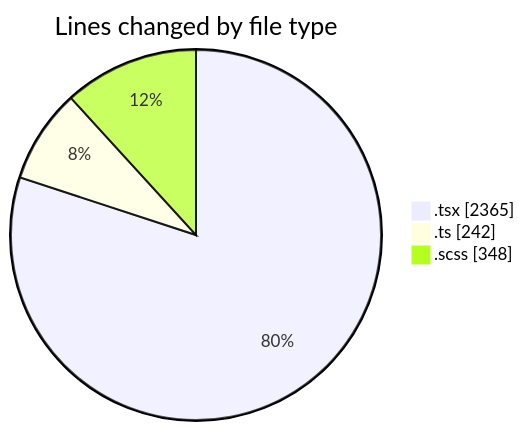
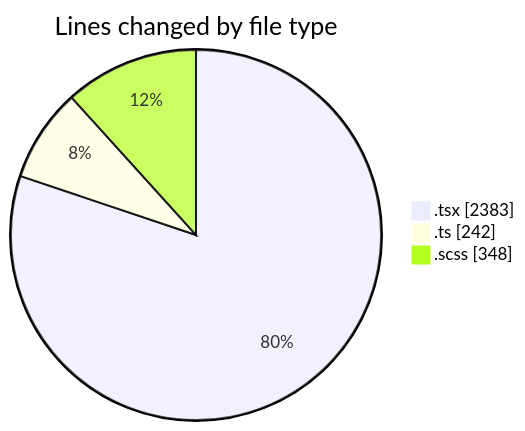
The first of 2 diagrams in 2025-09-15/cda/README.md (momahboobian/code-tracking), drawn with Mermaid before and after one commit. The commit also changed other lines of this file and 1 other file, not shown here.

````diff
--- a/2025-09-15/cda/README.md
+++ b/2025-09-15/cda/README.md
@@ -25,7 +25,7 @@
 ```mermaid
 pie showData
 title Lines changed by file type
-".tsx" : 2365
+".tsx" : 2383
 ".ts" : 242
 ".scss" : 348
 ```
````
